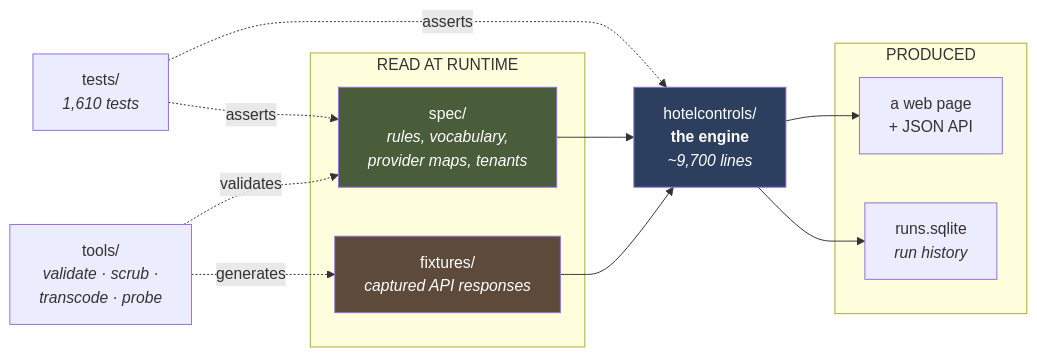
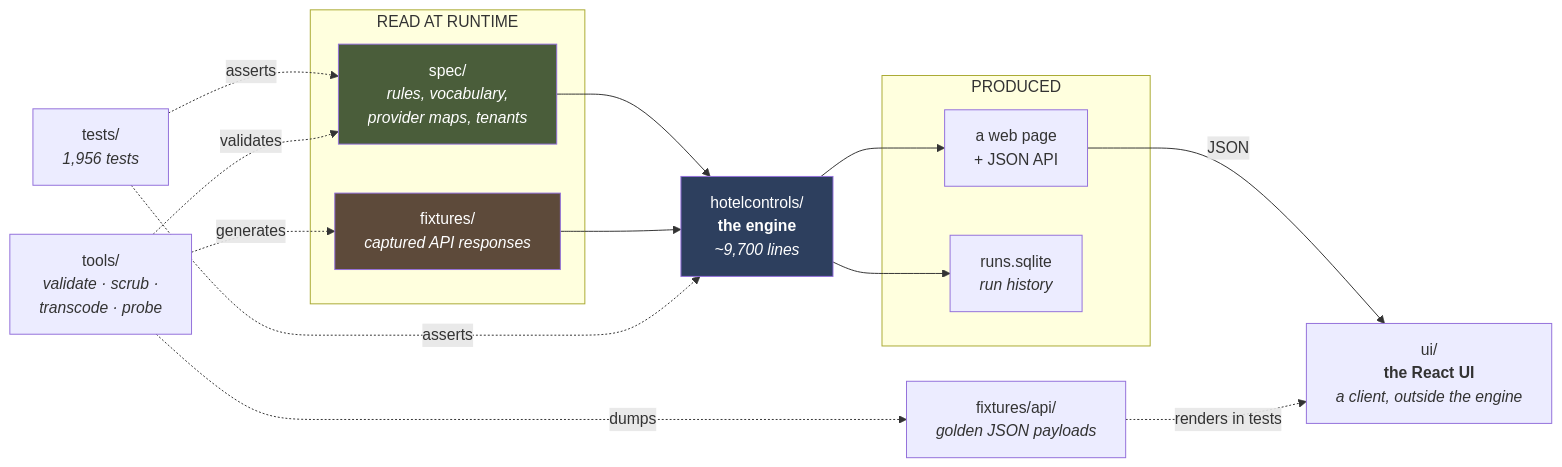
The diagram in docs/project-explainer/02-file-structure.md (sauravs/miniHotelPMS), drawn with Mermaid before and after one commit. The commit also changed other lines of this file and 10 other files, not shown here.

````diff
--- a/docs/project-explainer/02-file-structure.md
+++ b/docs/project-explainer/02-file-structure.md
@@ -37,30 +40,36 @@
 ```mermaid
 flowchart LR
     subgraph inputs[" READ AT RUNTIME "]
         SPEC["spec/<br/><i>rules, vocabulary,<br/>provider maps, tenants</i>"]
         FIX["fixtures/<br/><i>captured API responses</i>"]
     end
 
     ENG["hotelcontrols/<br/><b>the engine</b><br/><i>~9,700 lines</i>"]
 
     subgraph outputs[" PRODUCED "]
         WEB["a web page<br/>+ JSON API"]
         DB["runs.sqlite<br/><i>run history</i>"]
     end
 
-    TESTS["tests/<br/><i>1,610 tests</i>"]
+    UI["ui/<br/><b>the React UI</b><br/><i>a client, outside the engine</i>"]
+    API["fixtures/api/<br/><i>golden JSON payloads</i>"]
+
+    TESTS["tests/<br/><i>1,956 tests</i>"]
     TOOLS["tools/<br/><i>validate · scrub ·<br/>transcode · probe</i>"]
 
     SPEC --> ENG
     FIX --> ENG
     ENG --> WEB
     ENG --> DB
+    WEB -- JSON --> UI
+    TOOLS -.dumps.-> API
+    API -.renders in tests.-> UI
     TESTS -.asserts.-> ENG
     TESTS -.asserts.-> SPEC
     TOOLS -.validates.-> SPEC
     TOOLS -.generates.-> FIX
 
     style ENG fill:#2d3f5e,color:#fff
     style SPEC fill:#4a5d3a,color:#fff
     style FIX fill:#5d4a3a,color:#fff
 ```
````
